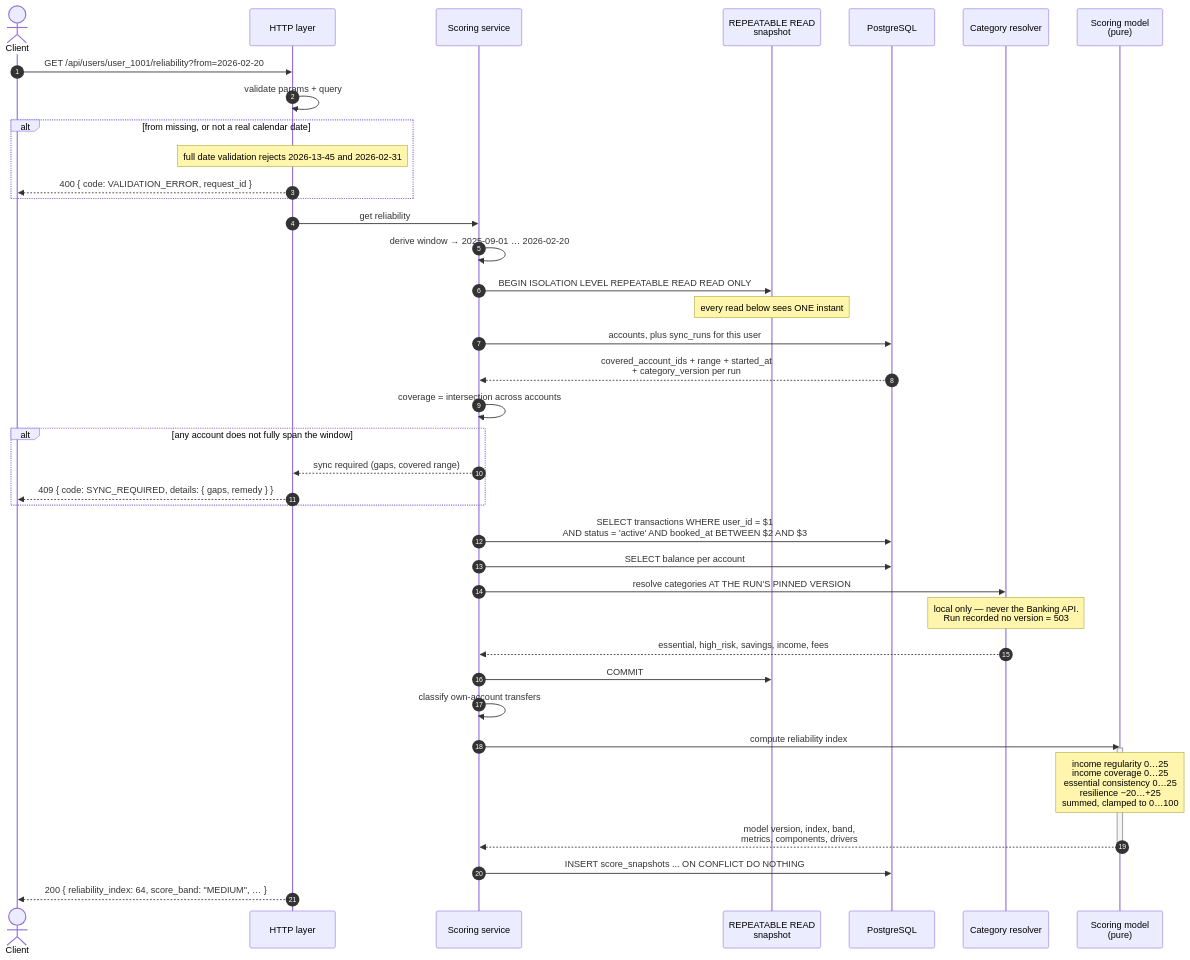
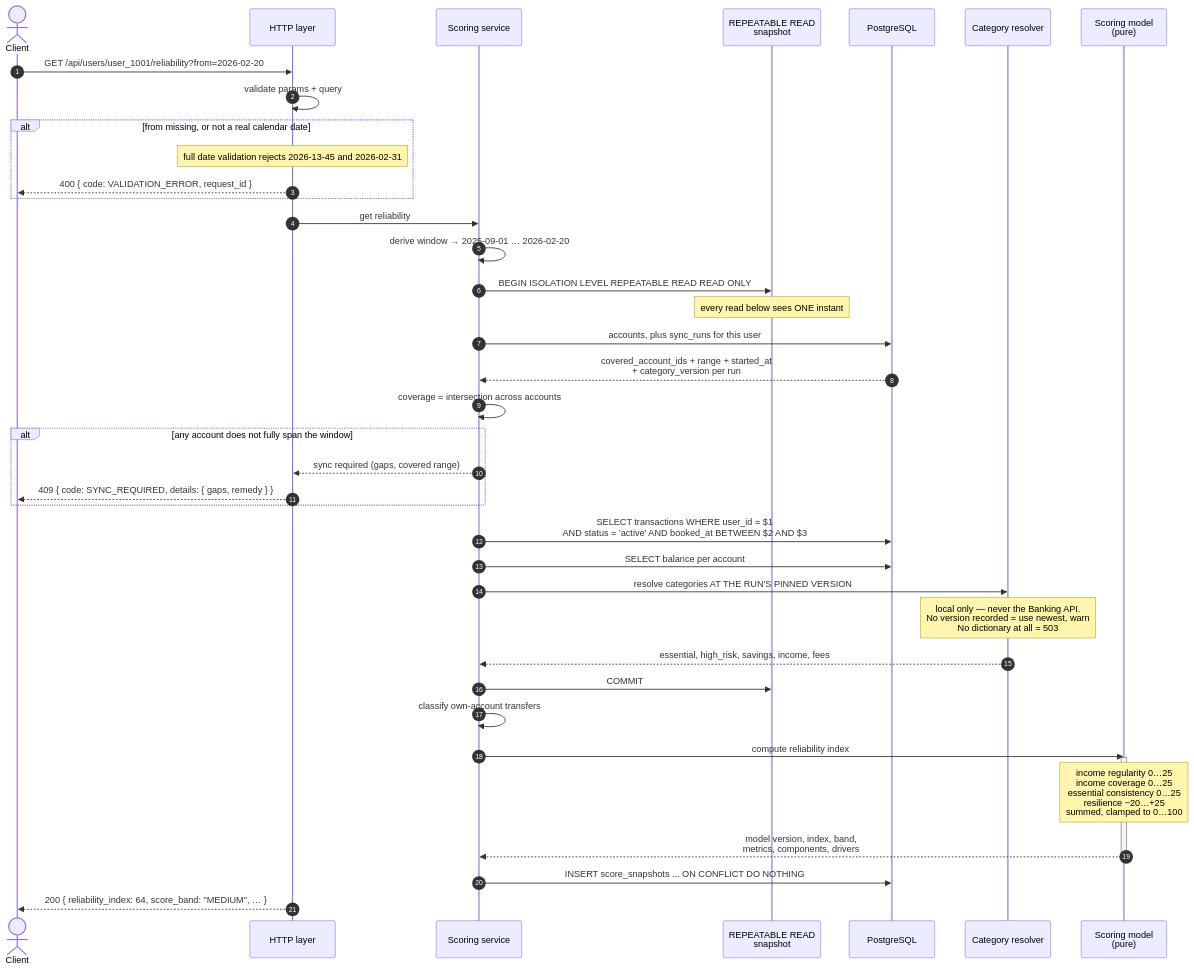
The fourth of 4 diagrams in docs/architecture-design.md (ajaybodhe/bonify-credit-builder), drawn with Mermaid before and after one commit. The commit also changed other lines of this file and 44 other files, not shown here.

````diff
--- a/docs/architecture-design.md
+++ b/docs/architecture-design.md
@@ -518,54 +518,54 @@
 ```mermaid
 sequenceDiagram
     autonumber
     actor C as Client
     participant API as HTTP layer
     participant R as Scoring service
     participant TX as REPEATABLE READ<br/>snapshot
     participant DB as PostgreSQL
     participant CAT as Category resolver
     participant M as Scoring model<br/>(pure)
 
     C->>API: GET /api/users/user_1001/reliability?from=2026-02-20
     API->>API: validate params + query
 
     alt from missing, or not a real calendar date
         Note over API: full date validation rejects 2026-13-45 and 2026-02-31
         API-->>C: 400 { code: VALIDATION_ERROR, request_id }
     end
 
     API->>R: get reliability
     R->>R: derive window → 2025-09-01 … 2026-02-20
 
     R->>TX: BEGIN ISOLATION LEVEL REPEATABLE READ READ ONLY
     Note over TX: every read below sees ONE instant
 
     R->>DB: accounts, plus sync_runs for this user
     DB-->>R: covered_account_ids + range + started_at<br/>+ category_version per run
     R->>R: coverage = intersection across accounts
 
     alt any account does not fully span the window
         R-->>API: sync required (gaps, covered range)
         API-->>C: 409 { code: SYNC_REQUIRED, details: { gaps, remedy } }
     end
 
     R->>DB: SELECT transactions WHERE user_id = $1<br/>AND status = 'active' AND booked_at BETWEEN $2 AND $3
     R->>DB: SELECT balance per account
 
     R->>CAT: resolve categories AT THE RUN'S PINNED VERSION
-    Note over CAT: local only — never the Banking API.<br/>Run recorded no version = 503
+    Note over CAT: local only — never the Banking API.<br/>No version recorded = use newest, warn<br/>No dictionary at all = 503
     CAT-->>R: essential, high_risk, savings, income, fees
 
     R->>TX: COMMIT
 
     R->>R: classify own-account transfers
     R->>M: compute reliability index
 
     activate M
     Note over M: income regularity      0…25<br/>income coverage        0…25<br/>essential consistency  0…25<br/>resilience           −20…+25<br/>summed, clamped to 0…100
     M-->>R: model version, index, band,<br/>metrics, components, drivers
     deactivate M
 
     R->>DB: INSERT score_snapshots ... ON CONFLICT DO NOTHING
     API-->>C: 200 { reliability_index: 64, score_band: "MEDIUM", … }
 ```
````
